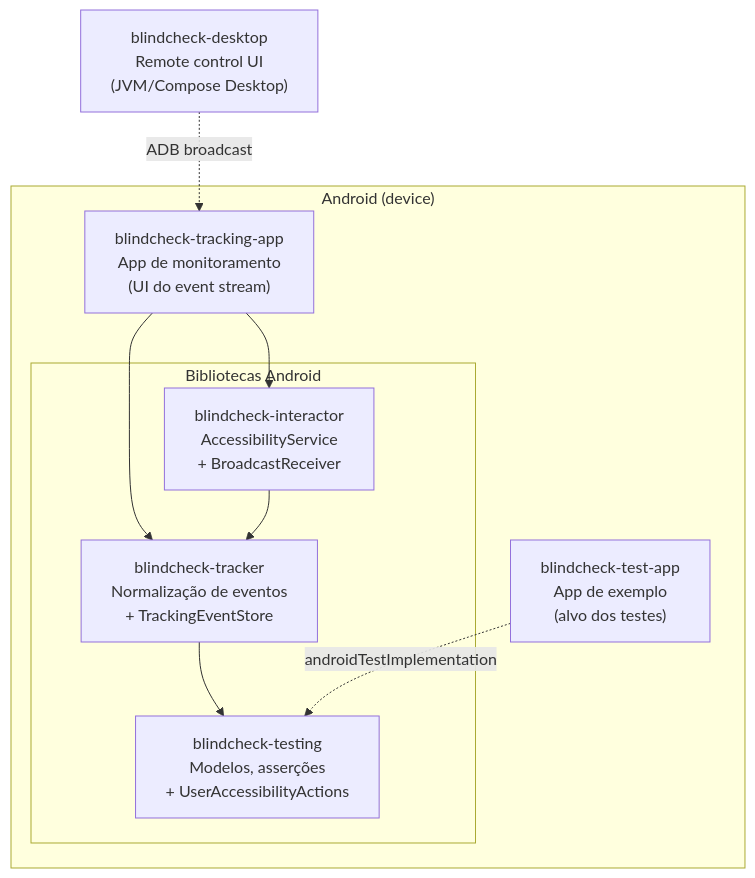
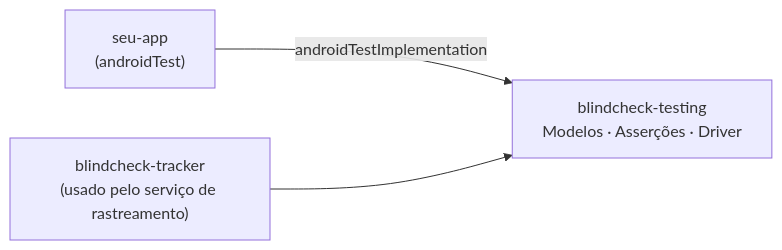
One commit to matheuslmpereira/blindcheck changed the diagram in ARCHITECTURE.md. Above: the diagram before and after it, drawn with Mermaid. The commit also changed other lines of this file, not shown here.

First line of the commit message:
docs: rewrite ARCHITECTURE.md as usage-focused developer guide

````diff
--- a/ARCHITECTURE.md
+++ b/ARCHITECTURE.md
@@ -9,23 +331,9 @@
 ```mermaid
-graph TD
-    subgraph Android["Android (device)"]
-        TApp["blindcheck-test-app\nApp de exemplo\n(alvo dos testes)"]
-        TrkApp["blindcheck-tracking-app\nApp de monitoramento\n(UI do event stream)"]
+graph LR
+    YourApp["seu-app\n(androidTest)"]
+    Testing["blindcheck-testing\nModelos · Asserções · Driver"]
+    Tracker["blindcheck-tracker\n(usado pelo serviço de rastreamento)"]
 
-        subgraph Libs["Bibliotecas Android"]
-            Interactor["blindcheck-interactor\nAccessibilityService\n+ BroadcastReceiver"]
-            Tracker["blindcheck-tracker\nNormalização de eventos\n+ TrackingEventStore"]
-            Testing["blindcheck-testing\nModelos, asserções\n+ UserAccessibilityActions"]
-        end
-    end
-
-    Desktop["blindcheck-desktop\nRemote control UI\n(JVM/Compose Desktop)"]
-
-    TrkApp --> Interactor
-    TrkApp --> Tracker
-    Interactor --> Tracker
+    YourApp -->|androidTestImplementation| Testing
     Tracker --> Testing
-    TApp -.->|androidTestImplementation| Testing
-
-    Desktop -.->|"ADB broadcast"| TrkApp
 ```
````
